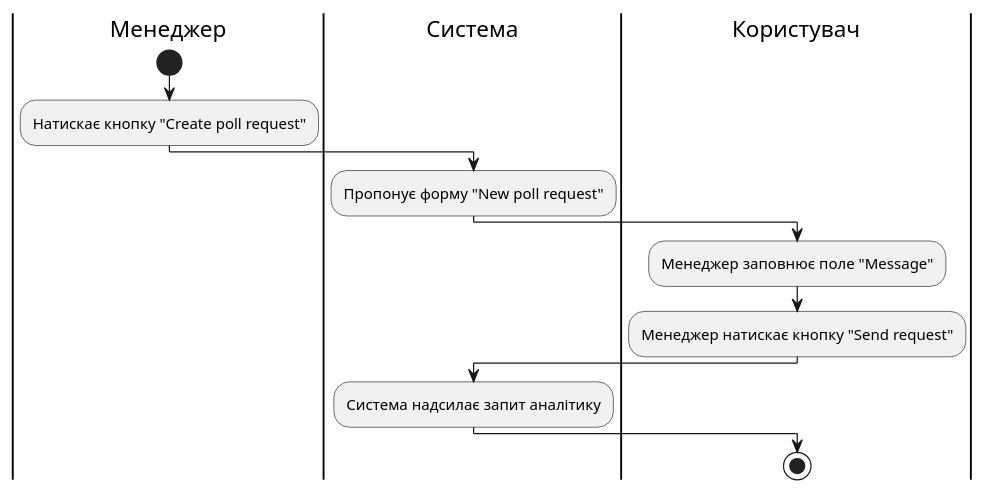
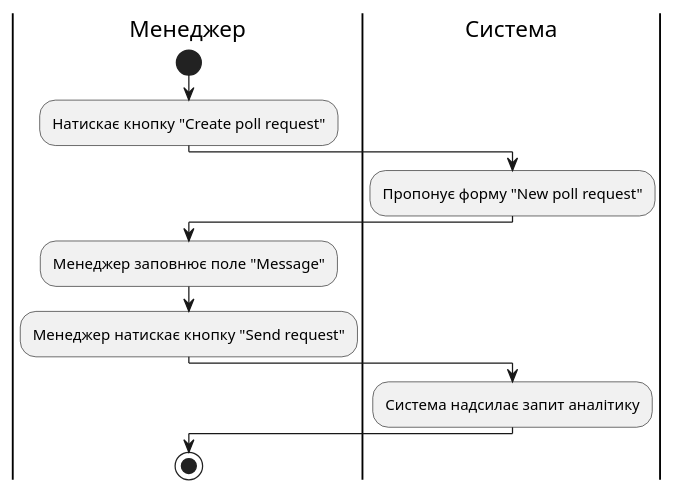
Before and after one commit to anrysliusar/SurvExp: the diagram in src/uml/use-cases/se-1-8.puml, drawn with PlantUML.

```diff
--- a/src/uml/use-cases/se-1-8.puml
+++ b/src/uml/use-cases/se-1-8.puml
@@ -1,16 +1,16 @@
 @startuml
 
     |Менеджер|
     start
     :Натискає кнопку "Create poll request";
     |Система|
     :Пропонує форму "New poll request";
-    |Користувач|
+    |Менеджер|
     :Менеджер заповнює поле "Message";
     :Менеджер натискає кнопку "Send request";
     |Система|
     :Система надсилає запит аналітику;
-    |Користувач|
+    |Менеджер|
     stop
 
 @enduml
```
